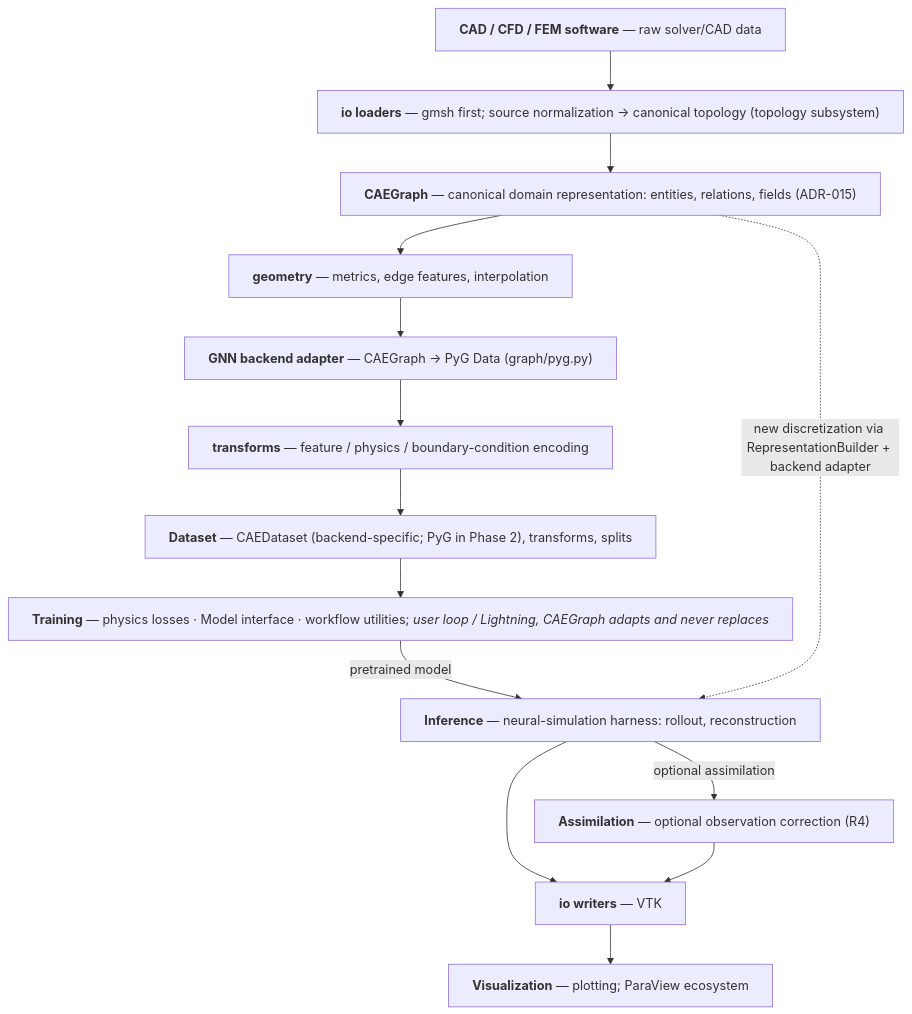
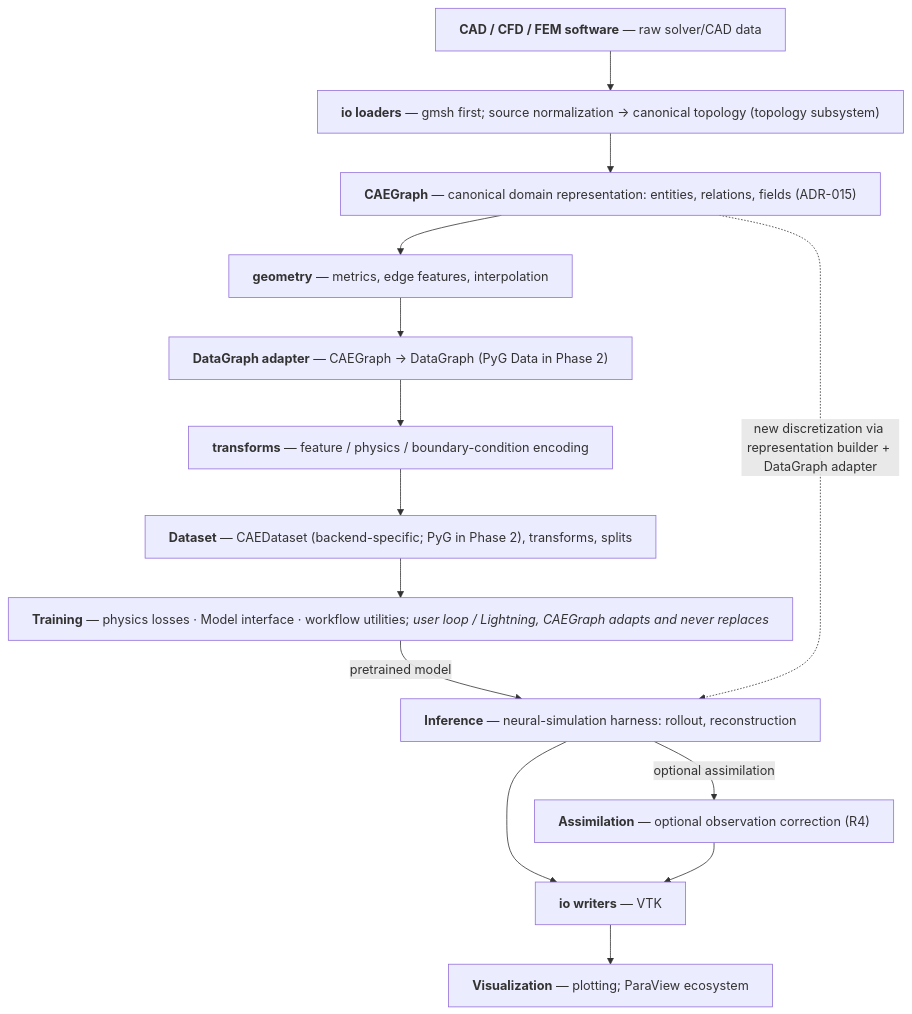
Before and after one commit to XYChouMian/caegraph: the second of 4 diagrams in architecture/ARCHITECTURE.md, drawn with Mermaid. The commit also changed other lines of this file and 17 other files, not shown here.

````diff
--- a/architecture/ARCHITECTURE.md
+++ b/architecture/ARCHITECTURE.md
@@ -80,25 +82,25 @@
 ```mermaid
 flowchart TD
     classDef nowrap white-space:nowrap
 
     A["<b>CAD / CFD / FEM software</b> — raw solver/CAD data"]
     B["<b>io loaders</b> — gmsh first; source normalization → canonical topology (topology subsystem)"]
     C["<b>CAEGraph</b> — canonical domain representation: entities, relations, fields (ADR-015)"]
     D["<b>geometry</b> — metrics, edge features, interpolation"]
-    E["<b>GNN backend adapter</b> — CAEGraph → PyG Data (graph/pyg.py)"]
+    E["<b>DataGraph adapter</b> — CAEGraph → DataGraph (PyG Data in Phase 2)"]
     F["<b>transforms</b> — feature / physics / boundary-condition encoding"]
     G["<b>Dataset</b> — CAEDataset (backend-specific; PyG in Phase 2), transforms, splits"]
     H["<b>Training</b> — physics losses · Model interface · workflow utilities; <i>user loop / Lightning, CAEGraph adapts and never replaces</i>"]
     I["<b>Inference</b> — neural-simulation harness: rollout, reconstruction"]
     J["<b>Assimilation</b> — optional observation correction (R4)"]
     K["<b>io writers</b> — VTK"]
     L["<b>Visualization</b> — plotting; ParaView ecosystem"]
 
     A --> B --> C --> D --> E --> F --> G --> H
     H -->|"pretrained model"| I
-    C -.->|"new discretization via RepresentationBuilder + backend adapter"| I
+    C -.->|"new discretization via representation builder + DataGraph adapter"| I
     I --> K --> L
     I -->|"optional assimilation"| J --> K
 
     class A,B,C,D,E,F,G,H,I,J,K,L nowrap
 ```
````
